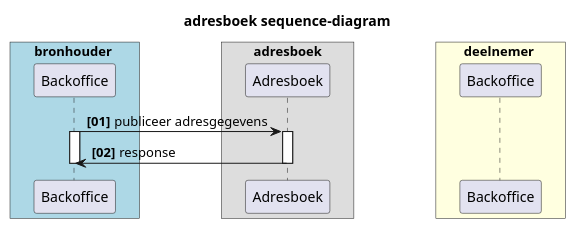
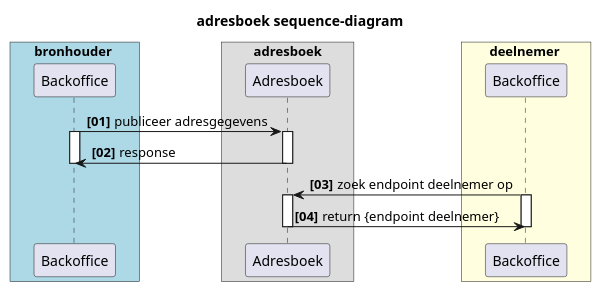
One commit to iStandaarden/iWlz-RequestForComment changed the diagram in RFC/RFC0003 - Adresboek.md. Above: the diagram before and after it, drawn with PlantUML.

Commit message:
Update RFC0003 - Adresboek.md

````diff
--- a/RFC/RFC0003 - Adresboek.md
+++ b/RFC/RFC0003 - Adresboek.md
@@ -56,26 +56,39 @@
   ```plantuml
-      @startuml rfc003-01-adresboek_sequence
-  title adresboek sequence-diagram
+      @startuml
+title adresboek sequence-diagram
   skinparam handwritten false
   skinparam participantpadding 20
   skinparam boxpadding 40
   autonumber "<b>[00]"
-  box bronhouder #lightblue
+  
+box bronhouder #lightblue
   participant "Backoffice" as bs
   end box
 
   box adresboek
   participant "Adresboek" as ab
   end box
 
   box deelnemer #lightyellow
   participant "Backoffice" as dnp
   end box
 
     bs -> ab : publiceer adresgegevens
     activate ab
     activate bs
 ab -> bs : response
     deactivate bs
 deactivate ab
+    
+    
+
+
+    dnp -> ab: zoek endpoint deelnemer op
+
+    activate ab
+activate dnp
+    ab -> dnp: return {endpoint deelnemer}
+    deactivate ab
+deactivate dnp
+@enduml
   ```
````
